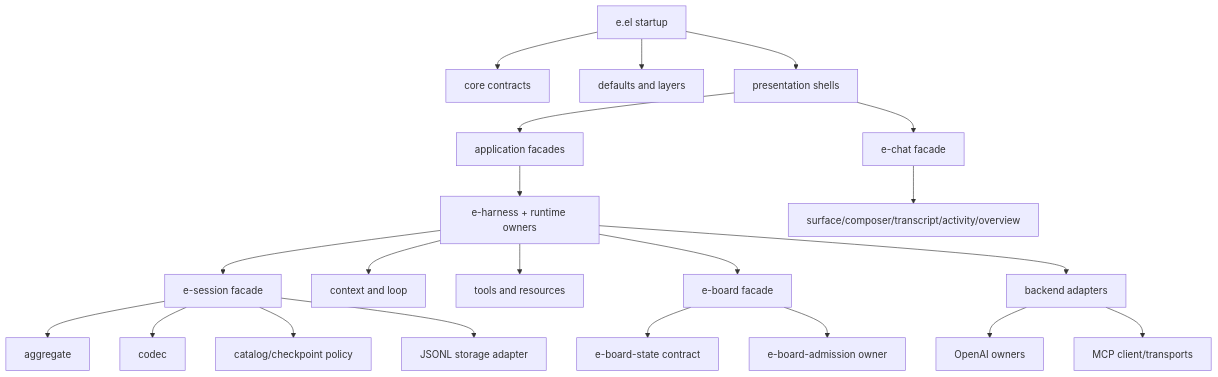
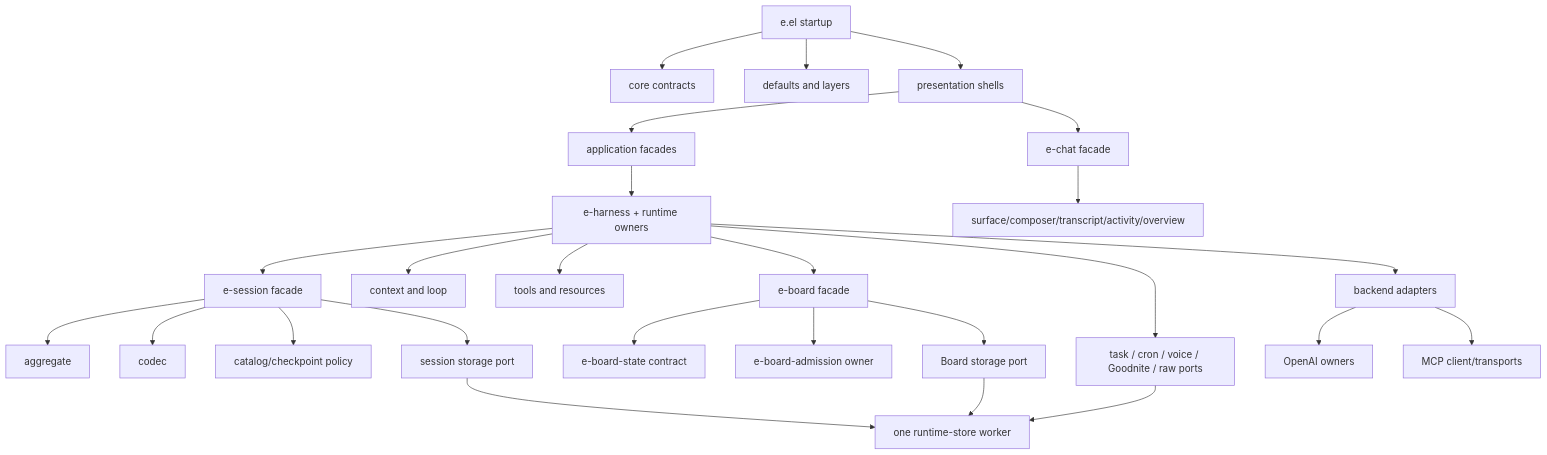
One commit to alendit/e changed the first of 2 diagrams in docs/architecture.md. Above: the diagram before and after it, drawn with Mermaid. The commit also changed other lines of this file and 88 other files, not shown here.

````diff
--- a/docs/architecture.md
+++ b/docs/architecture.md
@@ -52,23 +53,28 @@
 ```mermaid
 flowchart TD
     Entry["e.el startup"] --> Core["core contracts"]
     Entry --> Defaults["defaults and layers"]
     Entry --> Shells["presentation shells"]
     Shells --> Facades["application facades"]
     Facades --> H["e-harness + runtime owners"]
     H --> S["e-session facade"]
     S --> SA["aggregate"]
     S --> SC["codec"]
     S --> SCat["catalog/checkpoint policy"]
-    S --> SS["JSONL storage adapter"]
+    S --> SS["session storage port"]
+    SS --> RS["one runtime-store worker"]
     H --> Ctx["context and loop"]
     H --> Tools["tools and resources"]
     H --> Board["e-board facade"]
     Board --> BoardState["e-board-state contract"]
     Board --> BoardAdmission["e-board-admission owner"]
+    Board --> BS["Board storage port"]
+    BS --> RS
+    H --> Aux["task / cron / voice / Goodnite / raw ports"]
+    Aux --> RS
     H --> Backends["backend adapters"]
     Backends --> OpenAI["OpenAI owners"]
     Backends --> MCP["MCP client/transports"]
     Shells --> Chat["e-chat facade"]
     Chat --> Presentation["surface/composer/transcript/activity/overview"]
 ```
````
